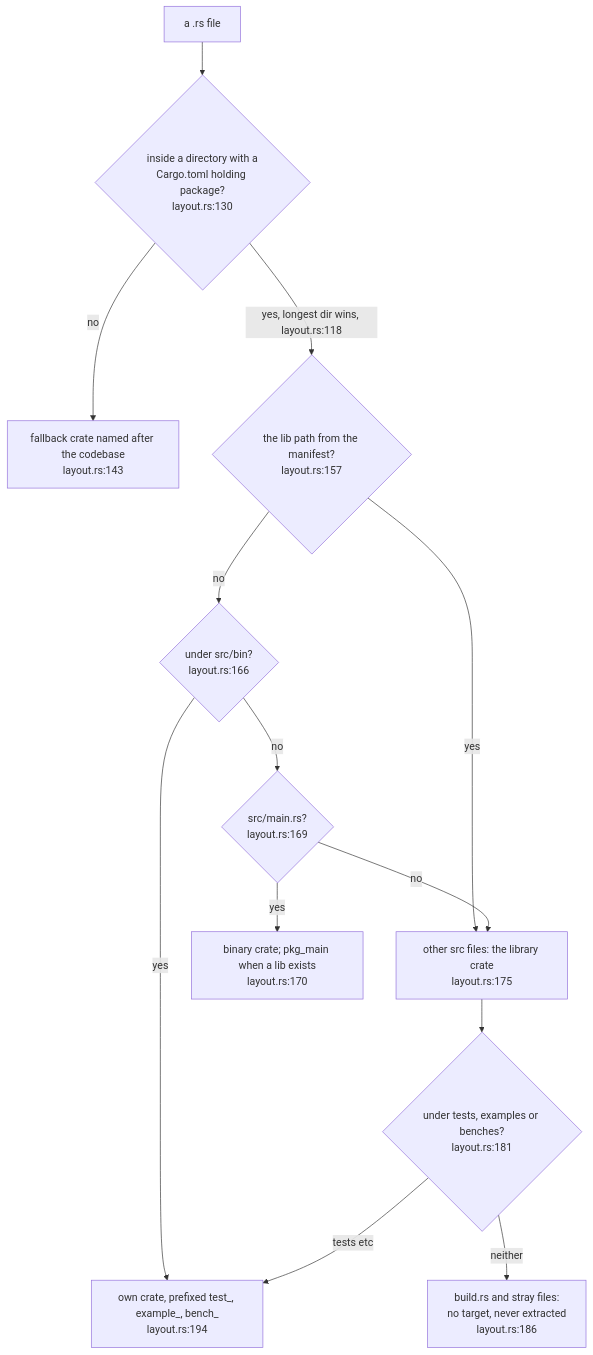
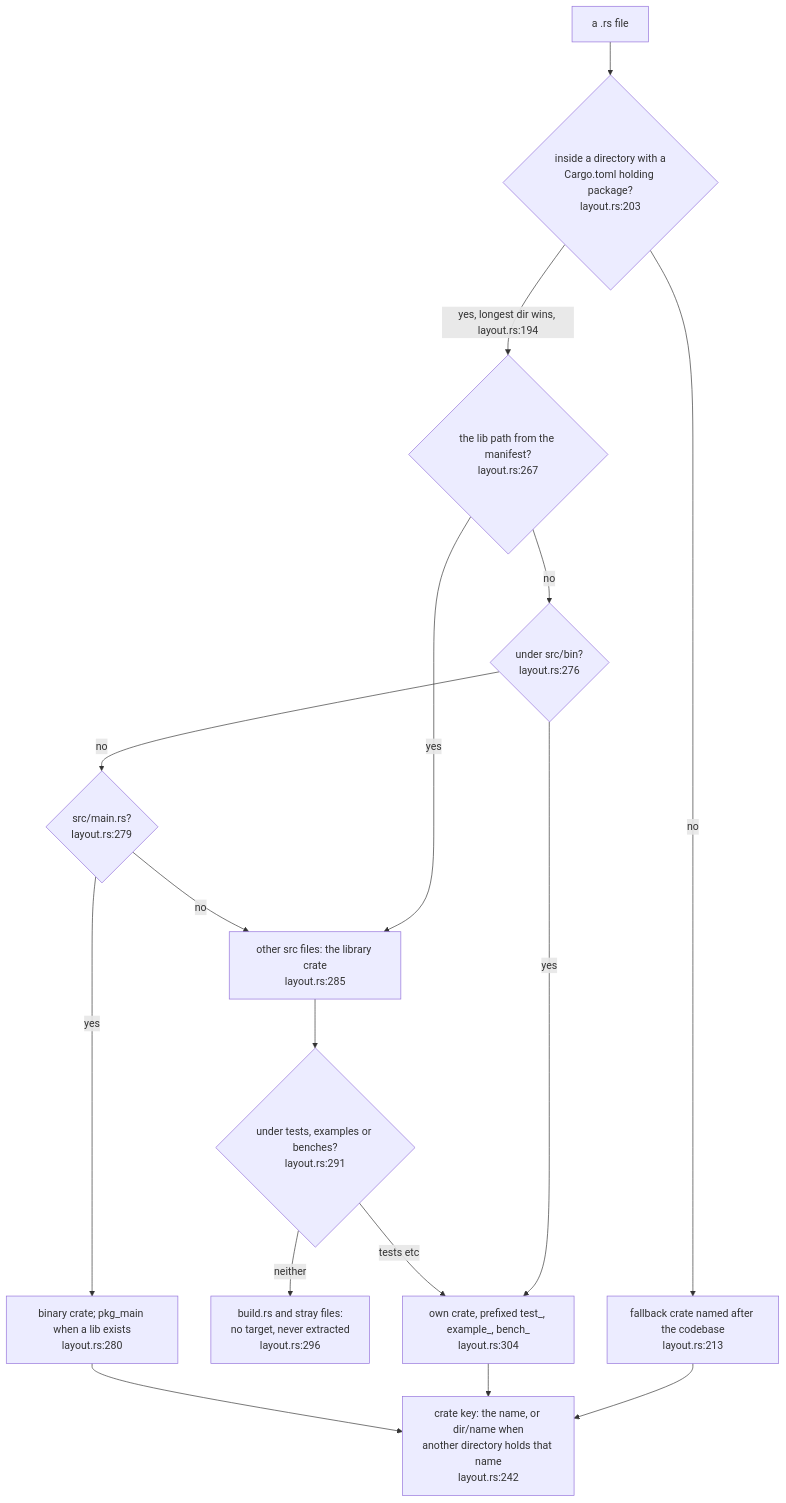
Before and after one commit to DreamLab-AI/codemaid: the second of 5 diagrams in docs/diagrams/extract/01-the-adapter-pipeline.md, drawn with Mermaid. The commit also changed other lines of this file and 21 other files, not shown here.

````diff
--- a/docs/diagrams/extract/01-the-adapter-pipeline.md
+++ b/docs/diagrams/extract/01-the-adapter-pipeline.md
@@ -91,26 +91,30 @@
 ```mermaid
 flowchart TB
     F["a .rs file"]
-    PK{"inside a directory with a<br/>Cargo.toml holding package?<br/>layout.rs:130"}
-    FB["fallback crate named after the codebase<br/>layout.rs:143"]
-    LIB{"the lib path from the manifest?<br/>layout.rs:157"}
-    SB{"under src/bin?<br/>layout.rs:166"}
-    MAIN{"src/main.rs?<br/>layout.rs:169"}
-    SRC["other src files: the library crate<br/>layout.rs:175"]
-    TEB{"under tests, examples or benches?<br/>layout.rs:181"}
-    NONE["build.rs and stray files:<br/>no target, never extracted<br/>layout.rs:186"]
-    OWN["own crate, prefixed test_, example_, bench_<br/>layout.rs:194"]
-    BIN["binary crate; pkg_main when a lib exists<br/>layout.rs:170"]
+    PK{"inside a directory with a<br/>Cargo.toml holding package?<br/>layout.rs:203"}
+    FB["fallback crate named after the codebase<br/>layout.rs:213"]
+    LIB{"the lib path from the manifest?<br/>layout.rs:267"}
+    SB{"under src/bin?<br/>layout.rs:276"}
+    MAIN{"src/main.rs?<br/>layout.rs:279"}
+    SRC["other src files: the library crate<br/>layout.rs:285"]
+    TEB{"under tests, examples or benches?<br/>layout.rs:291"}
+    NONE["build.rs and stray files:<br/>no target, never extracted<br/>layout.rs:296"]
+    OWN["own crate, prefixed test_, example_, bench_<br/>layout.rs:304"]
+    BIN["binary crate; pkg_main when a lib exists<br/>layout.rs:280"]
+    KEY["crate key: the name, or dir/name when<br/>another directory holds that name<br/>layout.rs:242"]
     F --> PK
     PK -->|no| FB
-    PK -->|yes, longest dir wins, layout.rs:118| LIB
+    PK -->|yes, longest dir wins, layout.rs:194| LIB
     LIB -->|yes| SRC
     LIB -->|no| SB
     SB -->|yes| OWN
     SB -->|no| MAIN
     MAIN -->|yes| BIN
     MAIN -->|no| SRC
     SRC --> TEB
     TEB -->|tests etc| OWN
     TEB -->|neither| NONE
+    FB --> KEY
+    OWN --> KEY
+    BIN --> KEY
 ```
````
